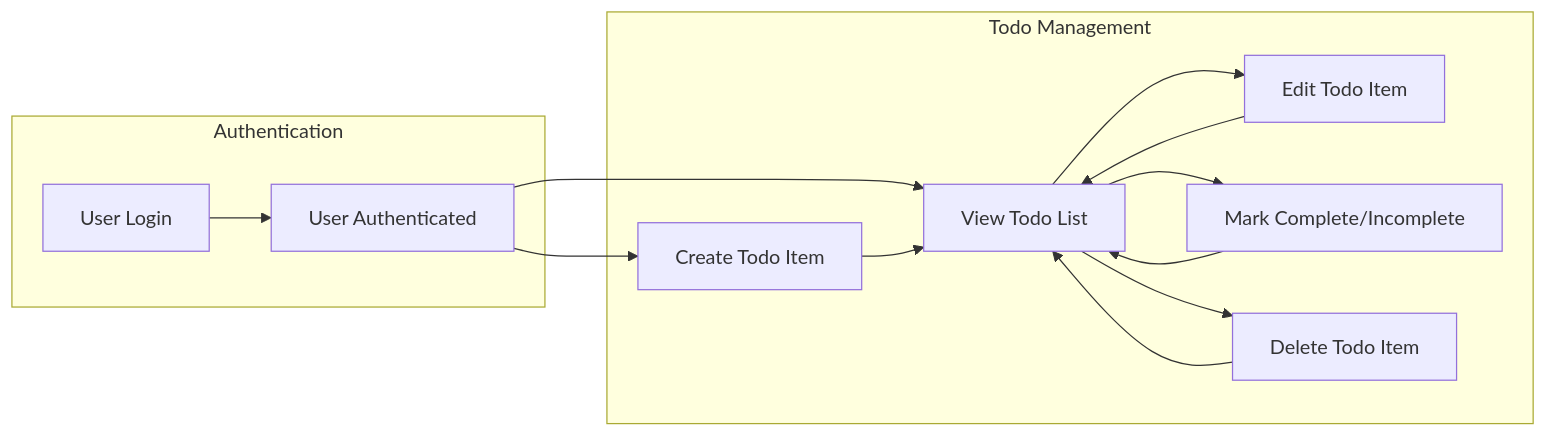
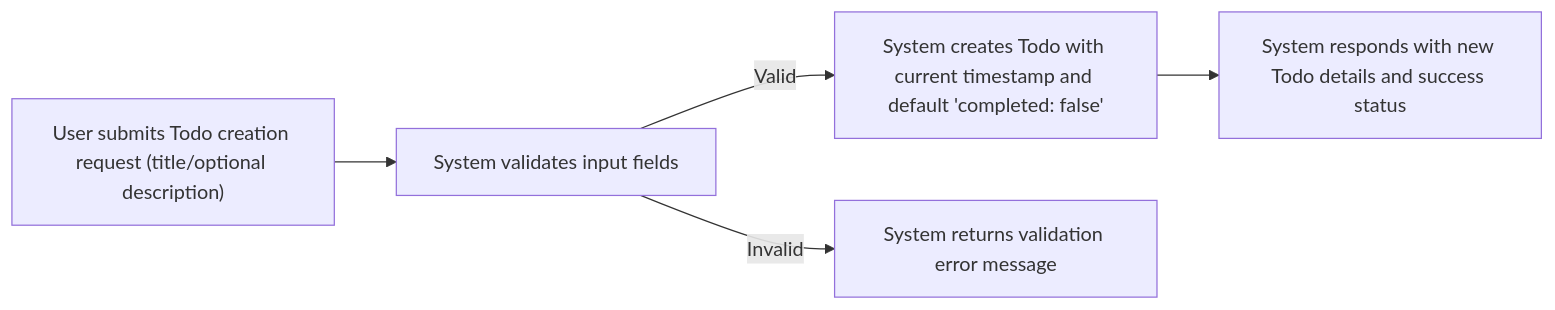
One commit to wrtnlabs/autobe-examples changed the first of 2 diagrams in openai/gpt-4.1/todo/docs/analysis/00-toc.md. Above: the diagram before and after it, drawn with Mermaid. The commit also changed other lines of this file and 8017 other files, not shown here.

````diff
--- a/openai/gpt-4.1/todo/docs/analysis/00-toc.md
+++ b/openai/gpt-4.1/todo/docs/analysis/00-toc.md
@@ -77,17 +56,7 @@
 ```mermaid
 graph LR
-  subgraph "Authentication"
-    A["User Login"] --> B["User Authenticated"]
-  end
-  subgraph "Todo Management"
-    B --> C["Create Todo Item"]
-    B --> D["View Todo List"]
-    D --> E["Edit Todo Item"]
-    D --> F["Mark Complete/Incomplete"]
-    D --> G["Delete Todo Item"]
-  end
-  C --> D
-  E --> D
-  F --> D
-  G --> D
+    A["User submits Todo creation request (title/optional description)"] --> B["System validates input fields"]
+    B -->|"Valid"| C["System creates Todo with current timestamp and default 'completed: false'"]
+    B -->|"Invalid"| D["System returns validation error message"]
+    C --> E["System responds with new Todo details and success status"]
 ```
````
